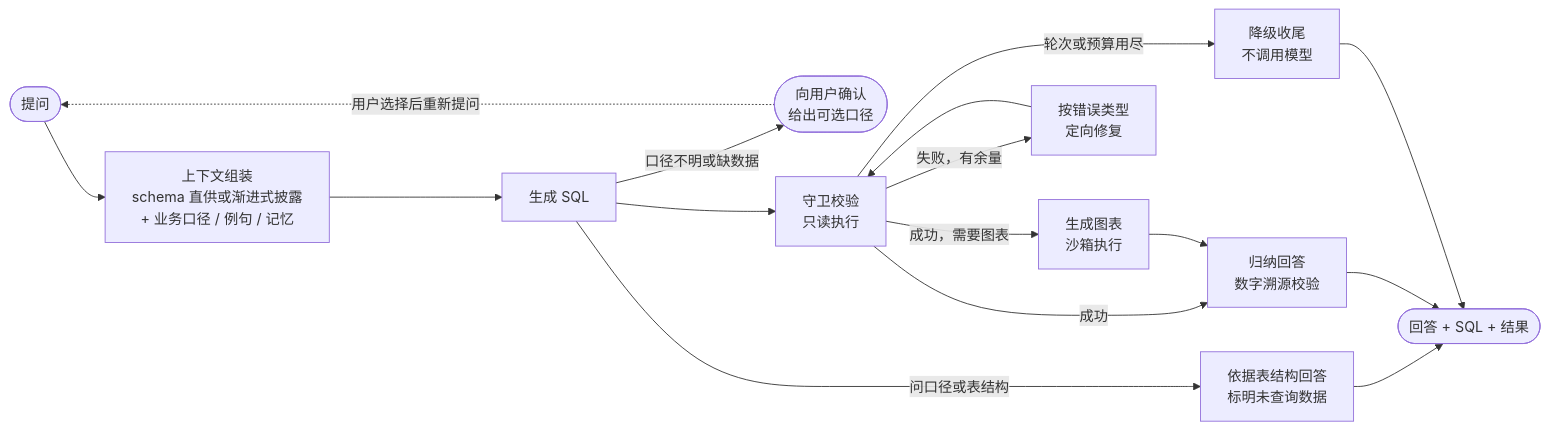
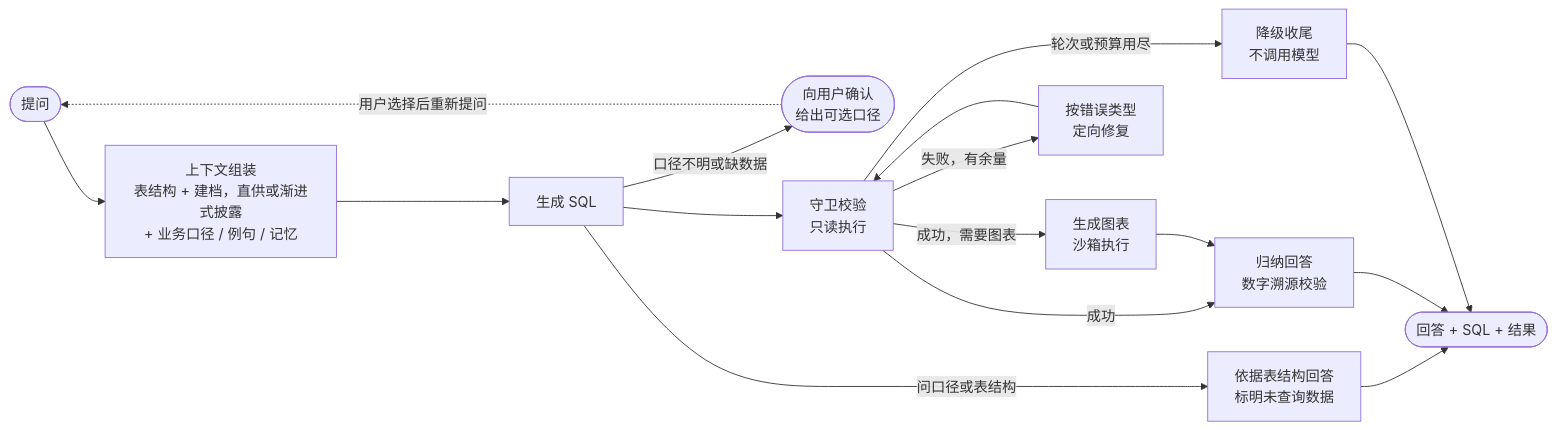
Before and after one commit to BlackMeovv/DeepQuery: the first of 2 diagrams in README.md, drawn with Mermaid. The commit also changed other lines of this file and 22 other files, not shown here.

````diff
--- a/README.md
+++ b/README.md
@@ -158,18 +158,18 @@
 ```mermaid
 flowchart LR
-    Q([提问]) --> CTX["上下文组装<br/>schema 直供或渐进式披露<br/>+ 业务口径 / 例句 / 记忆"]
+    Q([提问]) --> CTX["上下文组装<br/>表结构 + 建档，直供或渐进式披露<br/>+ 业务口径 / 例句 / 记忆"]
     CTX --> GEN[生成 SQL]
     GEN -- 口径不明或缺数据 --> ASK(["向用户确认<br/>给出可选口径"])
     ASK -. 用户选择后重新提问 .-> Q
     GEN -- 问口径或表结构 --> META["依据表结构回答<br/>标明未查询数据"]
     META --> OUT
     GEN --> EXE["守卫校验<br/>只读执行"]
     EXE -- 成功 --> SUM["归纳回答<br/>数字溯源校验"]
     EXE -- 成功，需要图表 --> CH["生成图表<br/>沙箱执行"]
     CH --> SUM
     EXE -- 失败，有余量 --> REP["按错误类型<br/>定向修复"]
     REP --> EXE
     EXE -- 轮次或预算用尽 --> FB["降级收尾<br/>不调用模型"]
     SUM --> OUT([回答 + SQL + 结果])
     FB --> OUT
 ```
````
